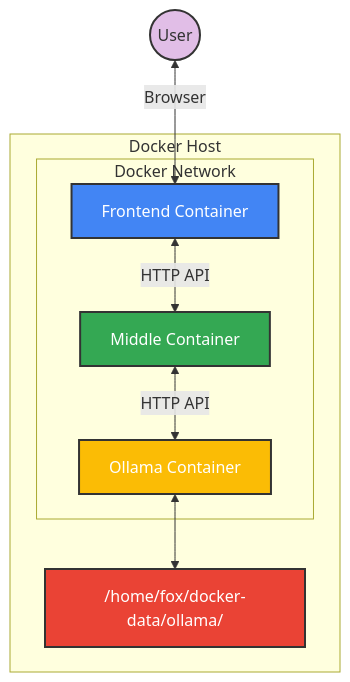
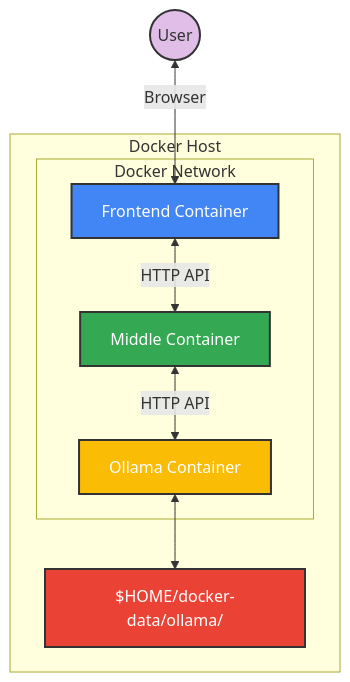
The seventh of 7 diagrams in architecture-diagrams.md (joshua-hub/multi-agentic), drawn with Mermaid before and after one commit.

````diff
--- a/architecture-diagrams.md
+++ b/architecture-diagrams.md
@@ -258,23 +258,23 @@
 ```mermaid
 graph TD
     subgraph "Docker Host"
         subgraph "Docker Network"
             Frontend[Frontend Container]
             Middle[Middle Container]
             Ollama[Ollama Container]
         end
         
-        BindMount["/home/fox/docker-data/ollama/"]
+        BindMount["$HOME/docker-data/ollama/"]
     end
     
     User((User)) <--> |"Browser"| Frontend
     Frontend <--> |"HTTP API"| Middle
     Middle <--> |"HTTP API"| Ollama
     Ollama <--> BindMount
     
     style Frontend fill:#4285F4,stroke:#333,stroke-width:2px,color:white
     style Middle fill:#34A853,stroke:#333,stroke-width:2px,color:white
     style Ollama fill:#FBBC05,stroke:#333,stroke-width:2px,color:white
     style BindMount fill:#EA4335,stroke:#333,stroke-width:2px,color:white
     style User fill:#E1BEE7,stroke:#333,stroke-width:2px
 ``` 
````
